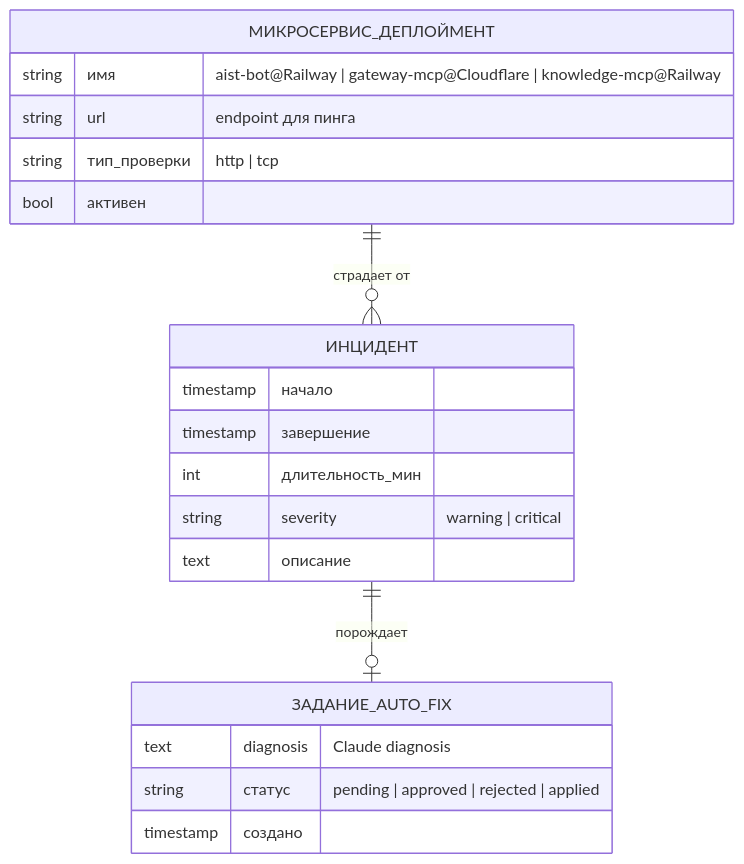
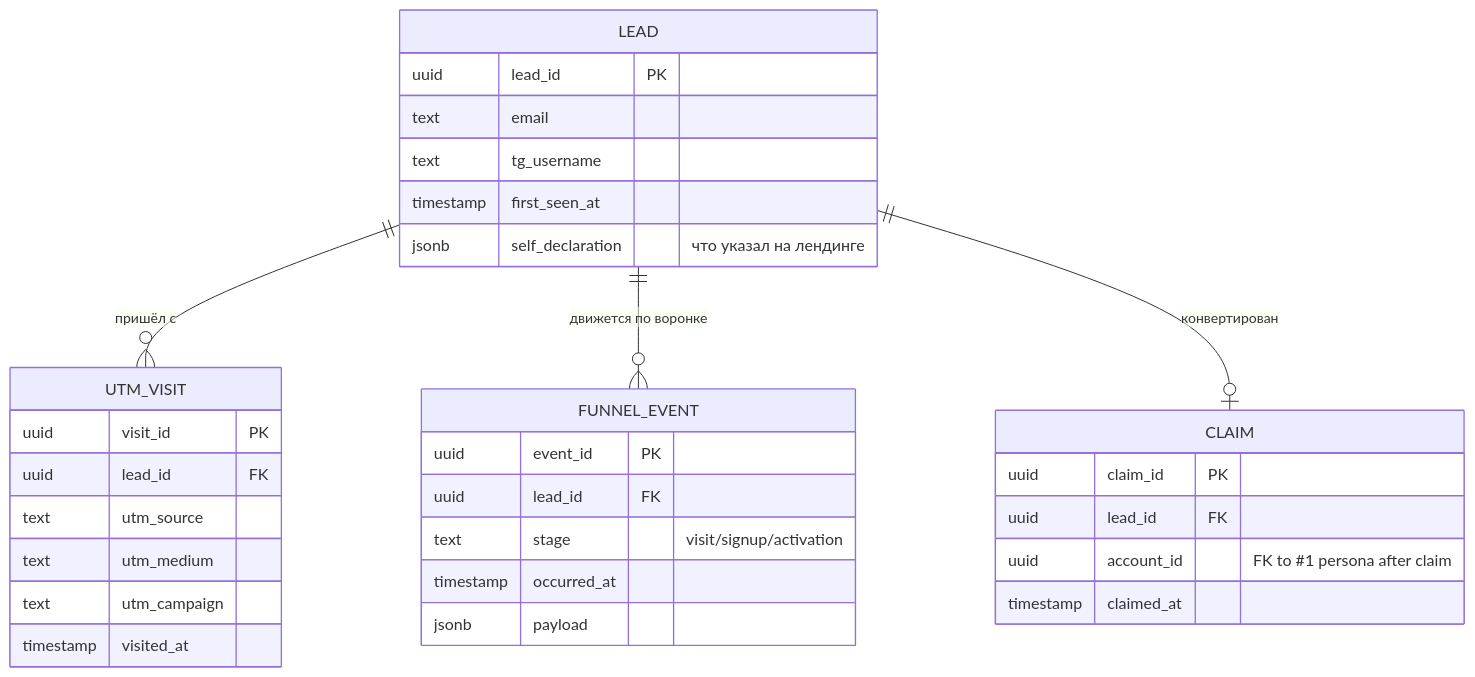
Diagram 12 of 17 in pack/digital-platform/02-domain-entities/DP.ARCH.004-neon-data-architecture.md (TserenTserenov/PACK-digital-platform), drawn with Mermaid before and after one commit. The commit also changed other lines of this file and 29 other files, not shown here.

````diff
--- a/pack/digital-platform/02-domain-entities/DP.ARCH.004-neon-data-architecture.md
+++ b/pack/digital-platform/02-domain-entities/DP.ARCH.004-neon-data-architecture.md
@@ -720,24 +1042,35 @@
 ```mermaid
 erDiagram
-    МИКРОСЕРВИС_ДЕПЛОЙМЕНТ ||--o{ ИНЦИДЕНТ : "страдает от"
-    ИНЦИДЕНТ ||--o| ЗАДАНИЕ_AUTO_FIX : "порождает"
+    LEAD ||--o{ UTM_VISIT : "пришёл с"
+    LEAD ||--o{ FUNNEL_EVENT : "движется по воронке"
+    LEAD ||--o| CLAIM : "конвертирован"
 
-    МИКРОСЕРВИС_ДЕПЛОЙМЕНТ {
-        string имя "aist-bot@Railway | gateway-mcp@Cloudflare | knowledge-mcp@Railway"
-        string url "endpoint для пинга"
-        string тип_проверки "http | tcp"
-        bool активен
+    LEAD {
+        uuid lead_id PK
+        text email
+        text tg_username
+        timestamp first_seen_at
+        jsonb self_declaration "что указал на лендинге"
     }
-    ИНЦИДЕНТ {
-        timestamp начало
-        timestamp завершение
-        int длительность_мин
-        string severity "warning | critical"
-        text описание
+    UTM_VISIT {
+        uuid visit_id PK
+        uuid lead_id FK
+        text utm_source
+        text utm_medium
+        text utm_campaign
+        timestamp visited_at
     }
-    ЗАДАНИЕ_AUTO_FIX {
-        text diagnosis "Claude diagnosis"
-        string статус "pending | approved | rejected | applied"
-        timestamp создано
+    FUNNEL_EVENT {
+        uuid event_id PK
+        uuid lead_id FK
+        text stage "visit/signup/activation"
+        timestamp occurred_at
+        jsonb payload
+    }
+    CLAIM {
+        uuid claim_id PK
+        uuid lead_id FK
+        uuid account_id "FK to #1 persona after claim"
+        timestamp claimed_at
     }
 ```
````
